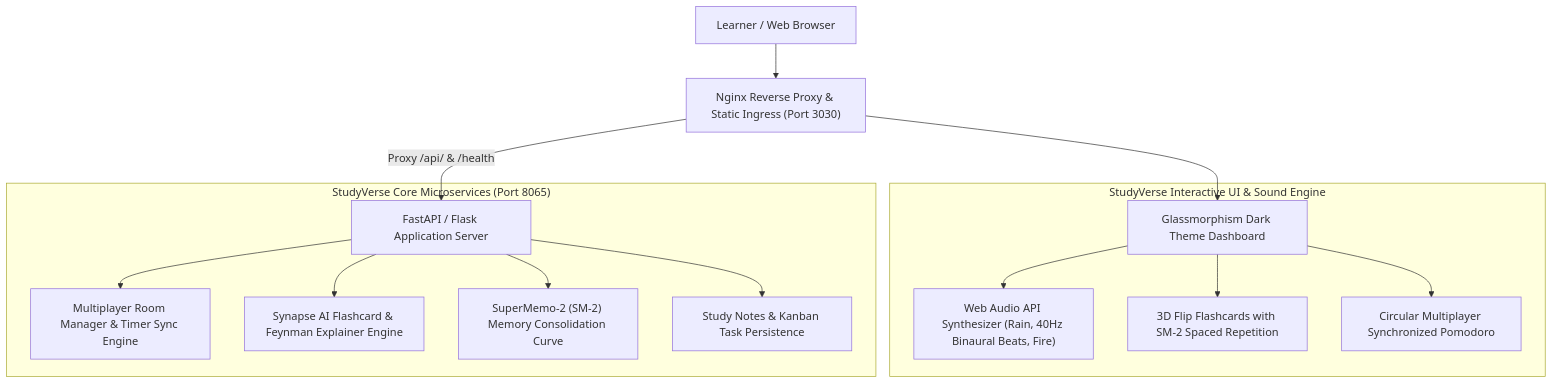
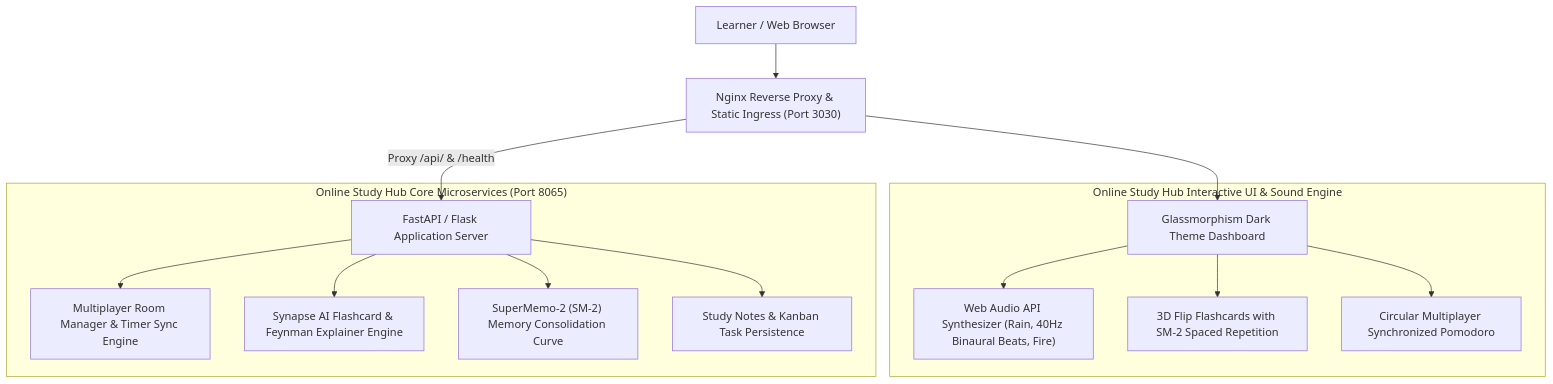
Before and after one commit to divyakumari1107/Online-Study-Hub: the diagram in README.md, drawn with Mermaid. The commit also changed other lines of this file and 6 other files, not shown here.

Commit message:
chore: rebrand platform to Online Study Hub

````diff
--- a/README.md
+++ b/README.md
@@ -16,31 +16,31 @@
 ```mermaid
 flowchart TD
     Client["Learner / Web Browser"] --> Nginx["Nginx Reverse Proxy & Static Ingress (Port 3030)"]
     
-    subgraph Frontend_Experience ["StudyVerse Interactive UI & Sound Engine"]
+    subgraph Frontend_Experience ["Online Study Hub Interactive UI & Sound Engine"]
         UI["Glassmorphism Dark Theme Dashboard"]
         AUDIO["Web Audio API Synthesizer (Rain, 40Hz Binaural Beats, Fire)"]
         CARD["3D Flip Flashcards with SM-2 Spaced Repetition"]
         SYNC_POMO["Circular Multiplayer Synchronized Pomodoro"]
         UI --> AUDIO
         UI --> CARD
         UI --> SYNC_POMO
     end
 
     Nginx --> UI
 
-    subgraph Backend_Services ["StudyVerse Core Microservices (Port 8065)"]
+    subgraph Backend_Services ["Online Study Hub Core Microservices (Port 8065)"]
         API["FastAPI / Flask Application Server"]
         ROOM_MGR["Multiplayer Room Manager & Timer Sync Engine"]
         AI_ENGINE["Synapse AI Flashcard & Feynman Explainer Engine"]
         SM2["SuperMemo-2 (SM-2) Memory Consolidation Curve"]
         STORAGE["Study Notes & Kanban Task Persistence"]
         
         API --> ROOM_MGR
         API --> AI_ENGINE
         API --> SM2
         API --> STORAGE
     end
 
     Nginx -->|"Proxy /api/ & /health"| API
 ```
````
